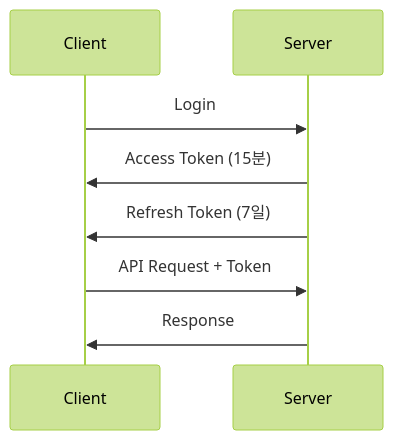
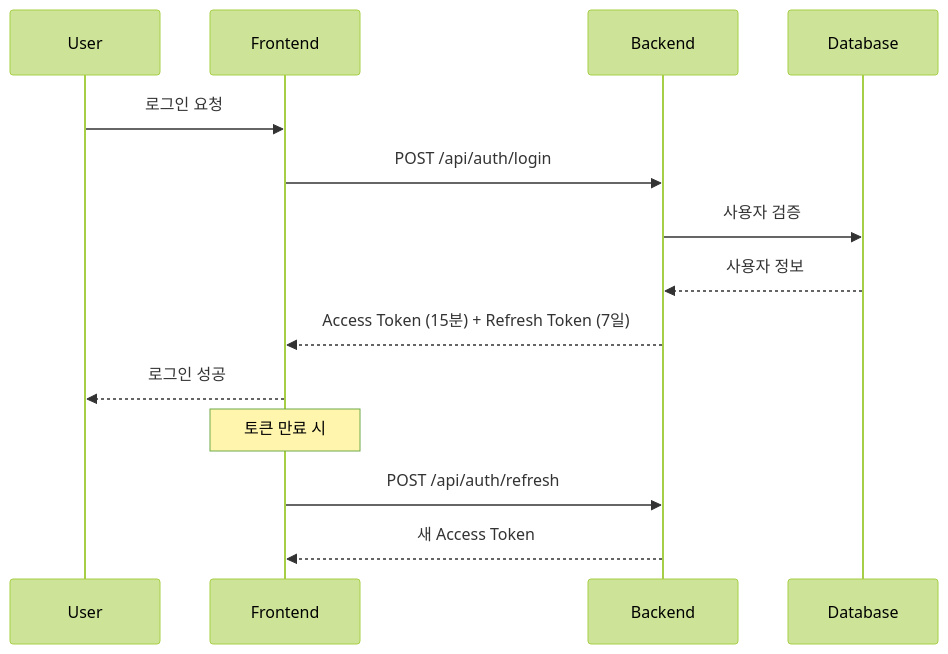
Before and after one commit to seolwon0522/coin_trading_journal: the diagram in README.md, drawn with Mermaid (forest theme). The commit also changed other lines of this file, not shown here.

````diff
--- a/README.md
+++ b/README.md
@@ -334,8 +290,18 @@
 ```mermaid
 sequenceDiagram
-    Client->>Server: Login
-    Server->>Client: Access Token (15분)
-    Server->>Client: Refresh Token (7일)
-    Client->>Server: API Request + Token
-    Server->>Client: Response
+    participant U as User
+    participant F as Frontend
+    participant B as Backend
+    participant DB as Database
+    
+    U->>F: 로그인 요청
+    F->>B: POST /api/auth/login
+    B->>DB: 사용자 검증
+    DB-->>B: 사용자 정보
+    B-->>F: Access Token (15분) + Refresh Token (7일)
+    F-->>U: 로그인 성공
+    
+    Note over F: 토큰 만료 시
+    F->>B: POST /api/auth/refresh
+    B-->>F: 새 Access Token
 ```
````
